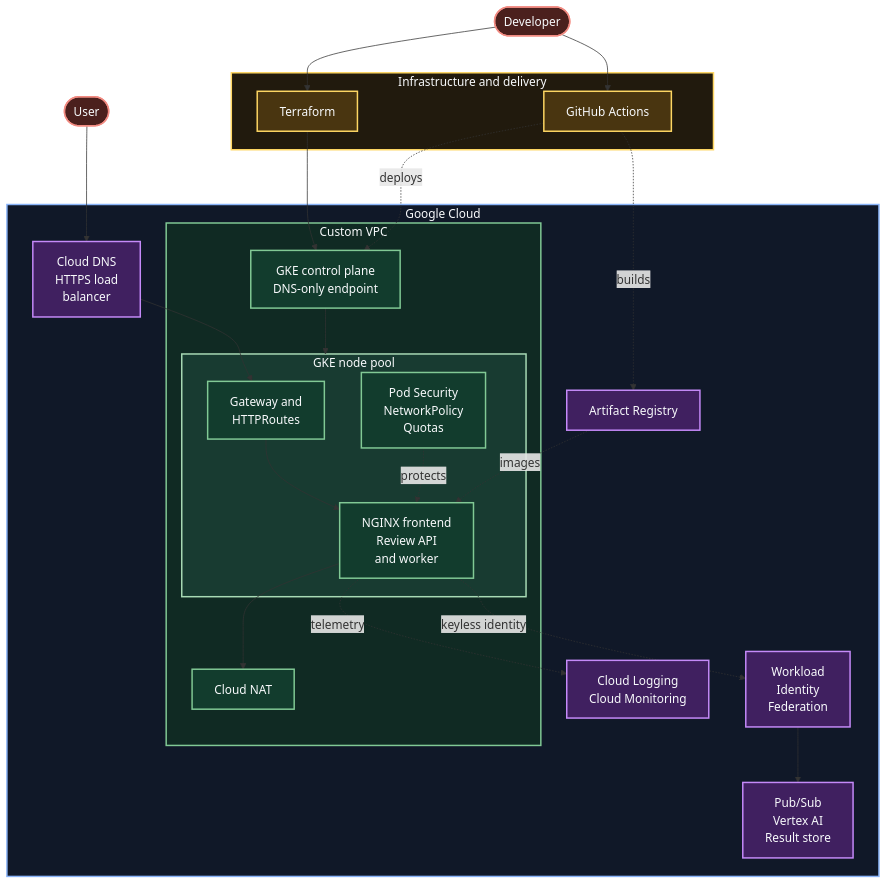
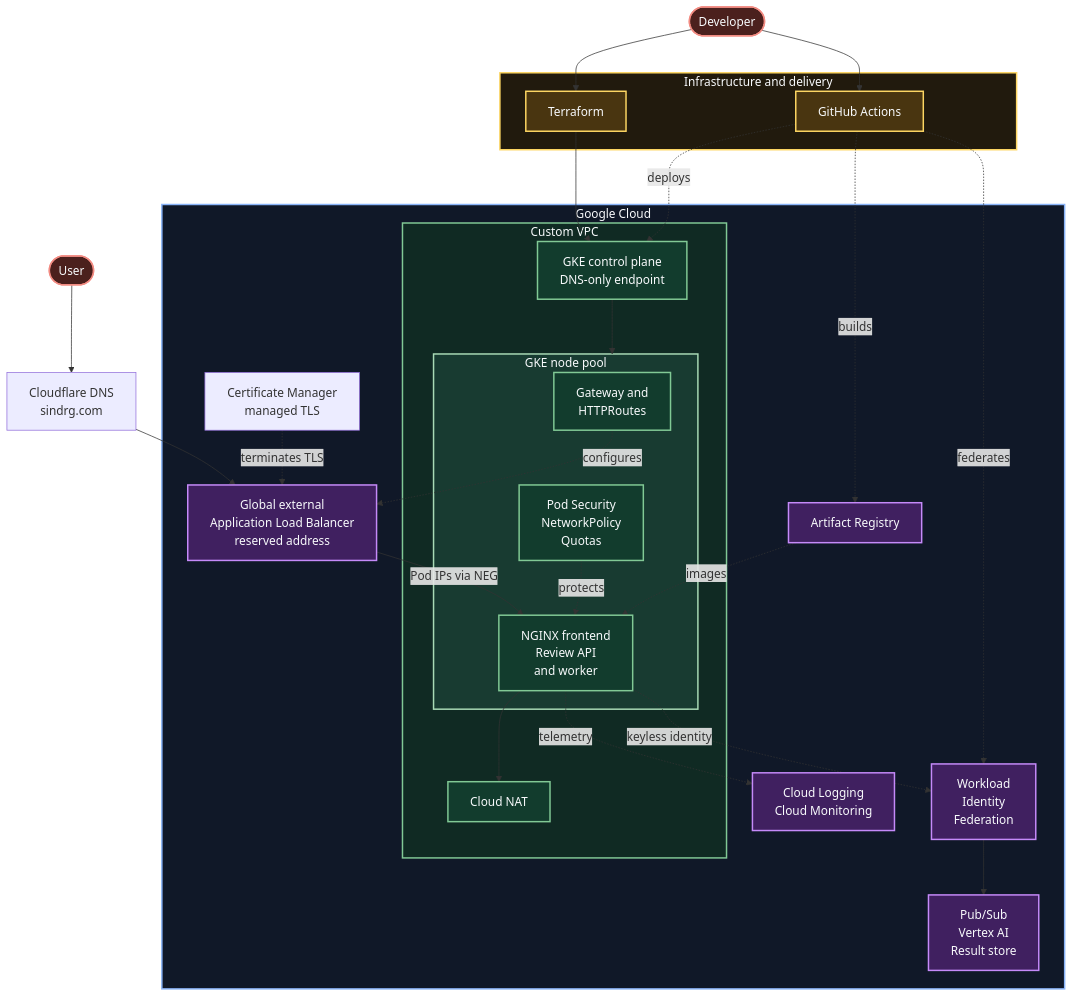
Before and after one commit to sindredg/k8-lab: the diagram in README.md, drawn with Mermaid. The commit also changed other lines of this file and 9 other files, not shown here.

````diff
--- a/README.md
+++ b/README.md
@@ -3,61 +9,66 @@
 ```mermaid
 flowchart TB
     User(["User"])
     Developer(["Developer"])
+    DNS["Cloudflare DNS<br/>sindrg.com"]
 
     subgraph Delivery["Infrastructure and delivery"]
         Terraform["Terraform"]
         GitHub["GitHub Actions"]
     end
 
     subgraph GCP["Google Cloud"]
-        Ingress["Cloud DNS<br/>HTTPS load<br/>balancer"]
+        Ingress["Global external<br/>Application Load Balancer<br/>reserved address"]
+        Certs["Certificate Manager<br/>managed TLS"]
         Registry["Artifact Registry"]
         Identity["Workload<br/>Identity<br/>Federation"]
         Services["Pub/Sub<br/>Vertex AI<br/>Result store"]
         Observability["Cloud Logging<br/>Cloud Monitoring"]
 
         subgraph VPC["Custom VPC"]
             ControlPlane["GKE control plane<br/>DNS-only endpoint"]
 
             subgraph Cluster["GKE node pool"]
                 Routes["Gateway and<br/>HTTPRoutes"]
                 Workloads["NGINX frontend<br/>Review API<br/>and worker"]
                 Guardrails["Pod Security<br/>NetworkPolicy<br/>Quotas"]
             end
 
             NAT["Cloud NAT"]
         end
     end
 
-    User --> Ingress
-    Ingress --> Routes
-    Routes --> Workloads
+    User --> DNS
+    DNS --> Ingress
+    Certs -. terminates TLS .-> Ingress
+    Ingress -- "Pod IPs via NEG" --> Workloads
+    Routes -. configures .-> Ingress
     Guardrails -. protects .-> Workloads
     Developer --> Terraform
     Developer --> GitHub
     Terraform --> ControlPlane
+    GitHub -. federates .-> Identity
     GitHub -. builds .-> Registry
     GitHub -. deploys .-> ControlPlane
     Registry -. images .-> Workloads
     ControlPlane --> Cluster
     Workloads --> NAT
     Workloads -. telemetry .-> Observability
     Workloads -. keyless identity .-> Identity
     Identity --> Services
 
     classDef external fill:#4B201D,stroke:#F28B82,color:#F8FAFC,stroke-width:2px
     classDef delivery fill:#493510,stroke:#FDD663,color:#F8FAFC,stroke-width:2px
     classDef workload fill:#123C2D,stroke:#81C995,color:#F8FAFC,stroke-width:2px
     classDef managed fill:#402060,stroke:#C58AF9,color:#F8FAFC,stroke-width:2px
 
     class User,Developer external
     class Terraform,GitHub delivery
     class ControlPlane,NAT,Routes,Workloads,Guardrails workload
     class Ingress,Registry,Identity,Services,Observability managed
 
     style Delivery fill:#211A0D,stroke:#FDD663,color:#F8FAFC,stroke-width:2px
     style GCP fill:#101828,stroke:#8AB4F8,color:#F8FAFC,stroke-width:2px
     style VPC fill:#102A23,stroke:#81C995,color:#F8FAFC,stroke-width:2px
     style Cluster fill:#183B31,stroke:#A8DAB5,color:#F8FAFC,stroke-width:2px
 ```
````
